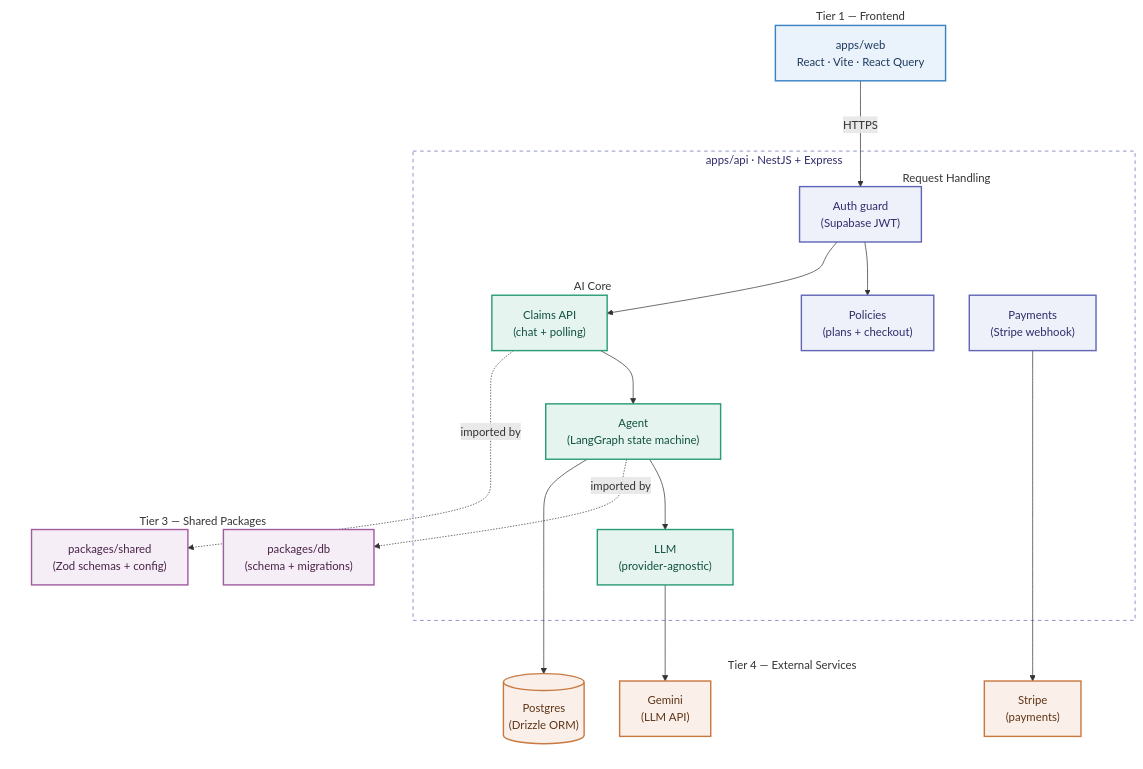
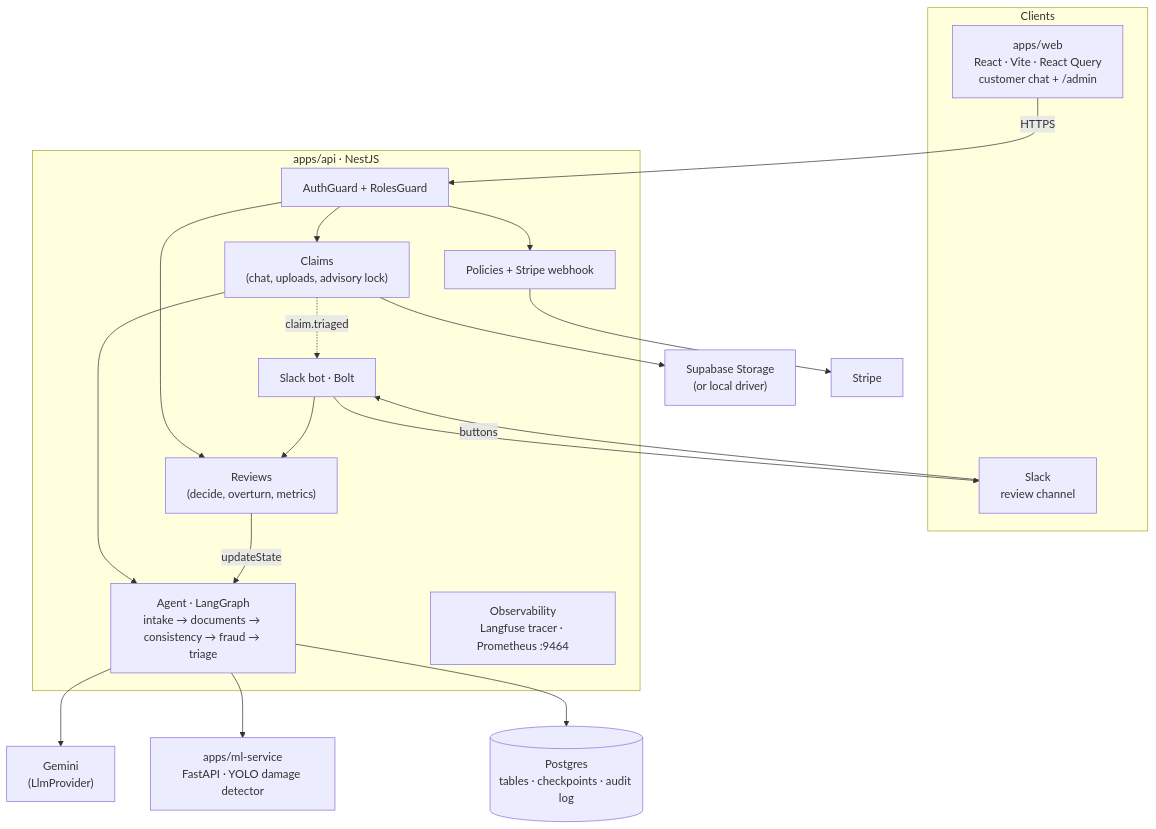
One commit to yashpj/claimpilot changed the diagram in README.md. Above: the diagram before and after it, drawn with Mermaid. The commit also changed other lines of this file and 3 other files, not shown here.

````diff
--- a/README.md
+++ b/README.md
@@ -21,61 +21,31 @@
 ```mermaid
 graph TD
-    %% TIER 1: FRONTEND
-    subgraph Tier1 ["Tier 1 — Frontend"]
-        Frontend["apps/web<br/>React · Vite · React Query"]
+    subgraph Clients
+        Web["apps/web<br/>React · Vite · React Query<br/>customer chat + /admin"]
+        Slack["Slack<br/>review channel"]
     end
-    %% TIER 2: BACKEND
-    subgraph Tier2 ["apps/api · NestJS + Express"]
-        subgraph RowA ["Request Handling"]
-            AuthGuard["Auth guard<br/>(Supabase JWT)"]
-            Policies["Policies<br/>(plans + checkout)"]
-            PaymentsBox["Payments<br/>(Stripe webhook)"]
-        end
-        subgraph RowB ["AI Core"]
-            ClaimsAPI["Claims API<br/>(chat + polling)"]
-            Agent["Agent<br/>(LangGraph state machine)"]
-            LLMBox["LLM<br/>(provider-agnostic)"]
-        end
-        AuthGuard --> Policies
-        AuthGuard --> ClaimsAPI
-        ClaimsAPI --> Agent
-        Agent --> LLMBox
+    subgraph API ["apps/api · NestJS"]
+        Guards["AuthGuard + RolesGuard"]
+        Policies["Policies + Stripe webhook"]
+        Claims["Claims<br/>(chat, uploads, advisory lock)"]
+        Agent["Agent · LangGraph<br/>intake → documents → consistency → fraud → triage"]
+        Reviews["Reviews<br/>(decide, overturn, metrics)"]
+        SlackBot["Slack bot · Bolt"]
+        Obs["Observability<br/>Langfuse tracer · Prometheus :9464"]
     end
-    %% TIER 3: SHARED PACKAGES
-    subgraph Tier3 ["Tier 3 — Shared Packages"]
-        PkgDB["packages/db<br/>(schema + migrations)"]
-        PkgShared["packages/shared<br/>(Zod schemas + config)"]
-    end
-    %% TIER 4: EXTERNAL SERVICES
-    subgraph Tier4 ["Tier 4 — External Services"]
-        ExtPostgres[("Postgres<br/>(Drizzle ORM)")]
-        ExtStripe["Stripe<br/>(payments)"]
-        ExtGemini["Gemini<br/>(LLM API)"]
-    end
-    %% CONNECTIONS
-    Frontend -->|HTTPS| AuthGuard
-    Agent -.->|imported by| PkgDB
-    ClaimsAPI -.->|imported by| PkgShared
-    Agent --> ExtPostgres
-    PaymentsBox --> ExtStripe
-    LLMBox --> ExtGemini
-    %% STYLING
-    style Frontend fill:#EAF2FB,stroke:#3B82C4,stroke-width:2px,color:#1E3A5F
-    style Tier1 fill:none,stroke:none
-    style Tier2 fill:none,stroke:#6366B7,stroke-width:1px,stroke-dasharray: 5 5,color:#2E2C6B
-    style RowA fill:none,stroke:none
-    style RowB fill:none,stroke:none
-    style AuthGuard fill:#EEF0FA,stroke:#6366B7,stroke-width:2px,color:#2E2C6B
-    style Policies fill:#EEF0FA,stroke:#6366B7,stroke-width:2px,color:#2E2C6B
-    style PaymentsBox fill:#EEF0FA,stroke:#6366B7,stroke-width:2px,color:#2E2C6B
-    style ClaimsAPI fill:#E6F4EF,stroke:#2A9D78,stroke-width:2px,color:#0F5140
-    style Agent fill:#E6F4EF,stroke:#2A9D78,stroke-width:2px,color:#0F5140
-    style LLMBox fill:#E6F4EF,stroke:#2A9D78,stroke-width:2px,color:#0F5140
-    style Tier3 fill:none,stroke:none
-    style PkgDB fill:#F5EEF7,stroke:#A15C9E,stroke-width:2px,color:#4A2247
-    style PkgShared fill:#F5EEF7,stroke:#A15C9E,stroke-width:2px,color:#4A2247
-    style Tier4 fill:none,stroke:none
-    style ExtPostgres fill:#FBF0E9,stroke:#C87941,stroke-width:2px,color:#5E3418
-    style ExtStripe fill:#FBF0E9,stroke:#C87941,stroke-width:2px,color:#5E3418
-    style ExtGemini fill:#FBF0E9,stroke:#C87941,stroke-width:2px,color:#5E3418
+    ML["apps/ml-service<br/>FastAPI · YOLO damage detector"]
+    PG[("Postgres<br/>tables · checkpoints · audit log")]
+    Gemini["Gemini<br/>(LlmProvider)"]
+    Storage["Supabase Storage<br/>(or local driver)"]
+    Stripe["Stripe"]
+    Web -->|HTTPS| Guards --> Claims --> Agent
+    Guards --> Reviews
+    Guards --> Policies --> Stripe
+    Agent --> Gemini
+    Agent --> ML
+    Agent --> PG
+    Claims --> Storage
+    Reviews -->|updateState| Agent
+    Claims -. "claim.triaged" .-> SlackBot --> Slack
+    Slack -->|buttons| SlackBot --> Reviews
 ```
````
